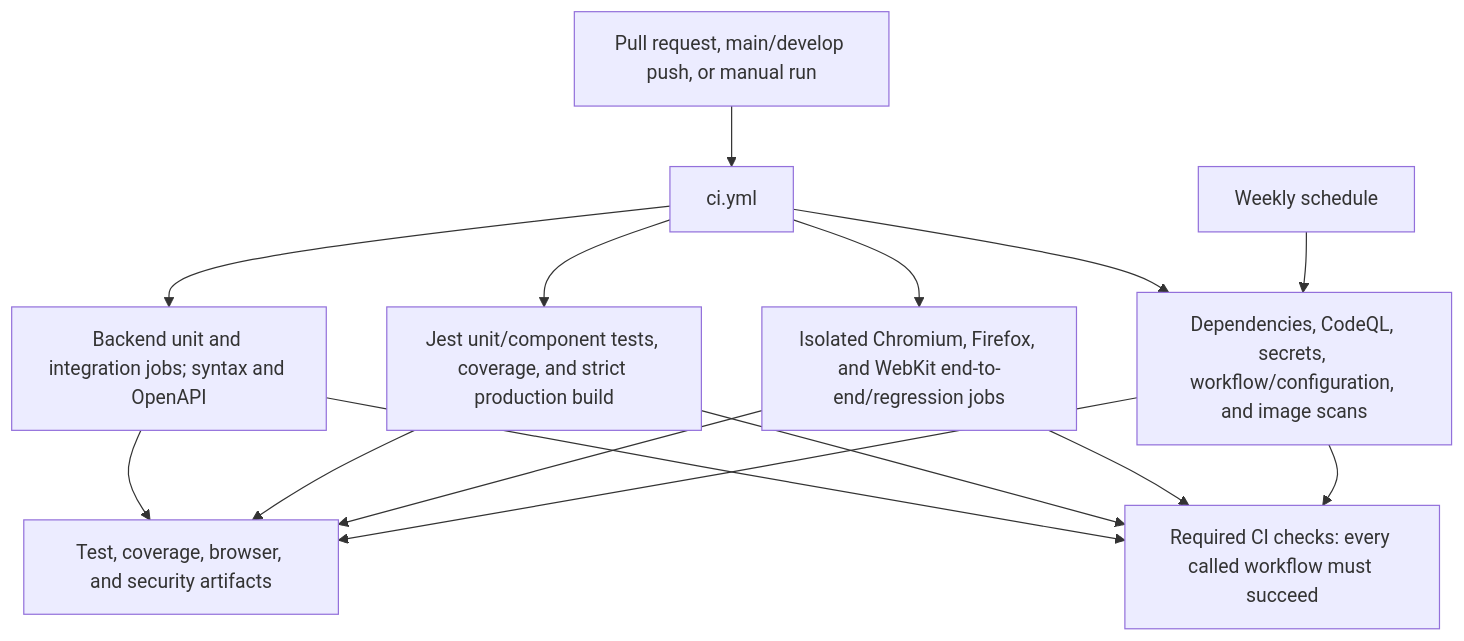
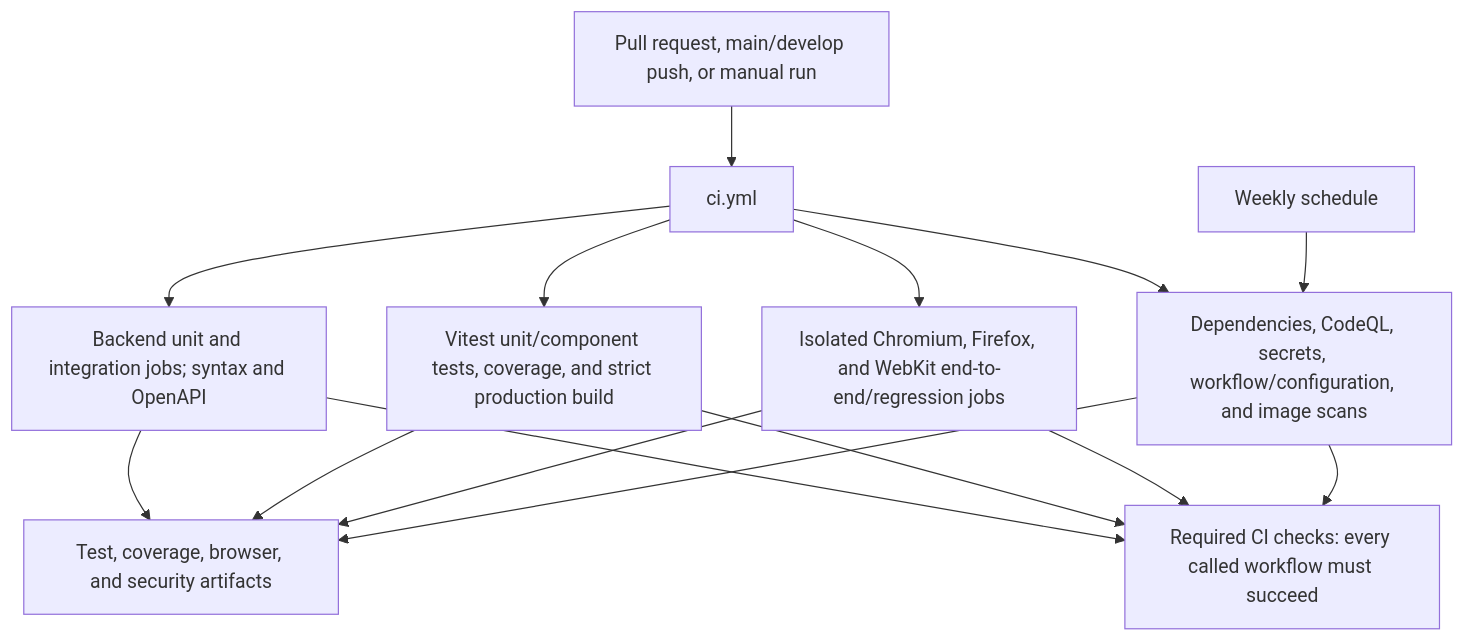
Diagram 37 of 52 in README.md (herve192-hub/WorkSphere), drawn with Mermaid before and after one commit. The commit also changed other lines of this file and 28 other files, not shown here.

````diff
--- a/README.md
+++ b/README.md
@@ -1777,17 +1783,17 @@
 ```mermaid
 flowchart TD
     Trigger["Pull request, main/develop push, or manual run"] --> CI["ci.yml"]
     CI --> Backend["Backend unit and integration jobs; syntax and OpenAPI"]
-    CI --> Frontend["Jest unit/component tests, coverage, and strict production build"]
+    CI --> Frontend["Vitest unit/component tests, coverage, and strict production build"]
     CI --> Browsers["Isolated Chromium, Firefox, and WebKit end-to-end/regression jobs"]
     CI --> Security["Dependencies, CodeQL, secrets, workflow/configuration, and image scans"]
     Backend --> Reports["Test, coverage, browser, and security artifacts"]
     Frontend --> Reports
     Browsers --> Reports
     Security --> Reports
     Backend --> Gate["Required CI checks: every called workflow must succeed"]
     Frontend --> Gate
     Browsers --> Gate
     Security --> Gate
     Weekly["Weekly schedule"] --> Security
 ```
````
